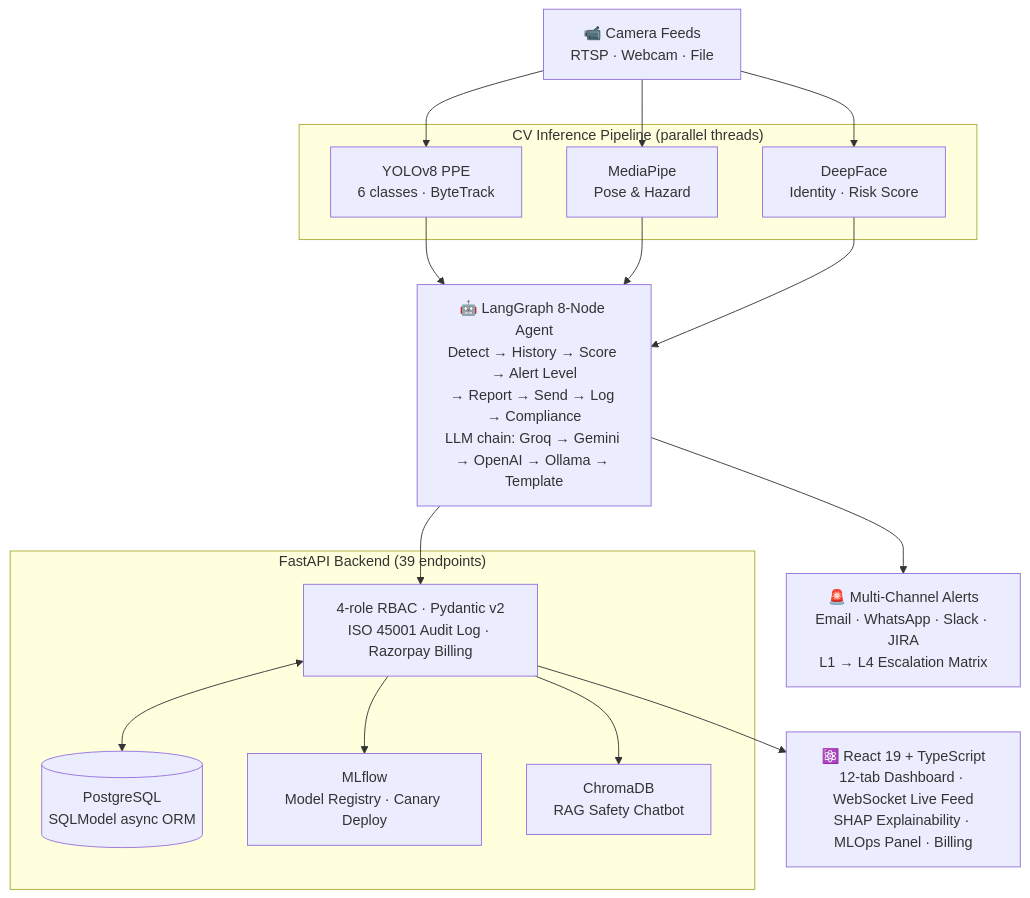
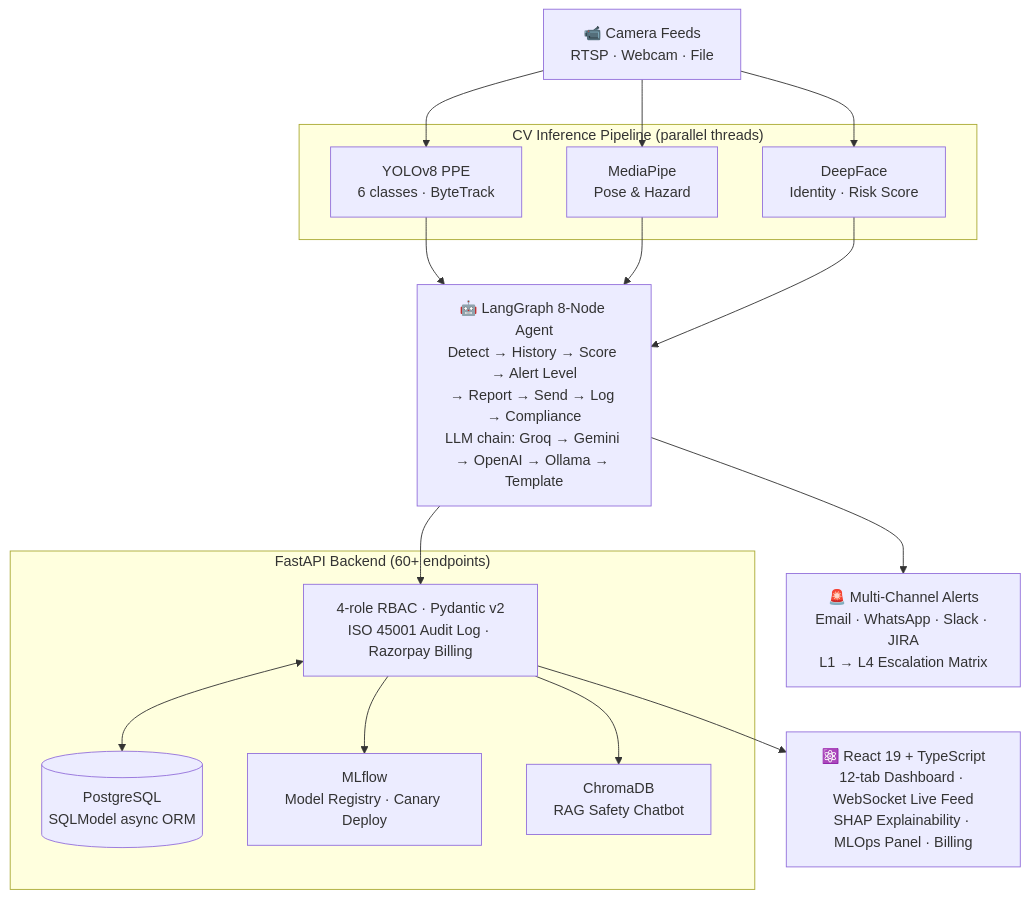
Before and after one commit to chandrukumar-AIML/industrial-safety-monitoring: the diagram in README.md, drawn with Mermaid. The commit also changed other lines of this file and 1 other file, not shown here.

````diff
--- a/README.md
+++ b/README.md
@@ -124,31 +124,31 @@
 ```mermaid
 flowchart TD
     CAM["📹 Camera Feeds\nRTSP · Webcam · File"]
 
     subgraph CV["CV Inference Pipeline (parallel threads)"]
         YOLO["YOLOv8 PPE\n6 classes · ByteTrack"]
         POSE["MediaPipe\nPose & Hazard"]
         FACE["DeepFace\nIdentity · Risk Score"]
     end
 
     AGENT["🤖 LangGraph 8-Node Agent\nDetect → History → Score → Alert Level\n→ Report → Send → Log → Compliance\nLLM chain: Groq → Gemini → OpenAI → Ollama → Template"]
 
-    subgraph BACKEND["FastAPI Backend (39 endpoints)"]
+    subgraph BACKEND["FastAPI Backend (60+ endpoints)"]
         API["4-role RBAC · Pydantic v2\nISO 45001 Audit Log · Razorpay Billing"]
         DB[("PostgreSQL\nSQLModel async ORM")]
         MLFLOW["MLflow\nModel Registry · Canary Deploy"]
         RAG["ChromaDB\nRAG Safety Chatbot"]
     end
 
     ALERTS["🚨 Multi-Channel Alerts\nEmail · WhatsApp · Slack · JIRA\nL1 → L4 Escalation Matrix"]
     FRONTEND["⚛️ React 19 + TypeScript\n12-tab Dashboard · WebSocket Live Feed\nSHAP Explainability · MLOps Panel · Billing"]
 
     CAM --> YOLO & POSE & FACE
     YOLO & POSE & FACE --> AGENT
     AGENT --> API
     AGENT --> ALERTS
     API <--> DB
     API --> MLFLOW
     API --> RAG
     API --> FRONTEND
 ```
````
